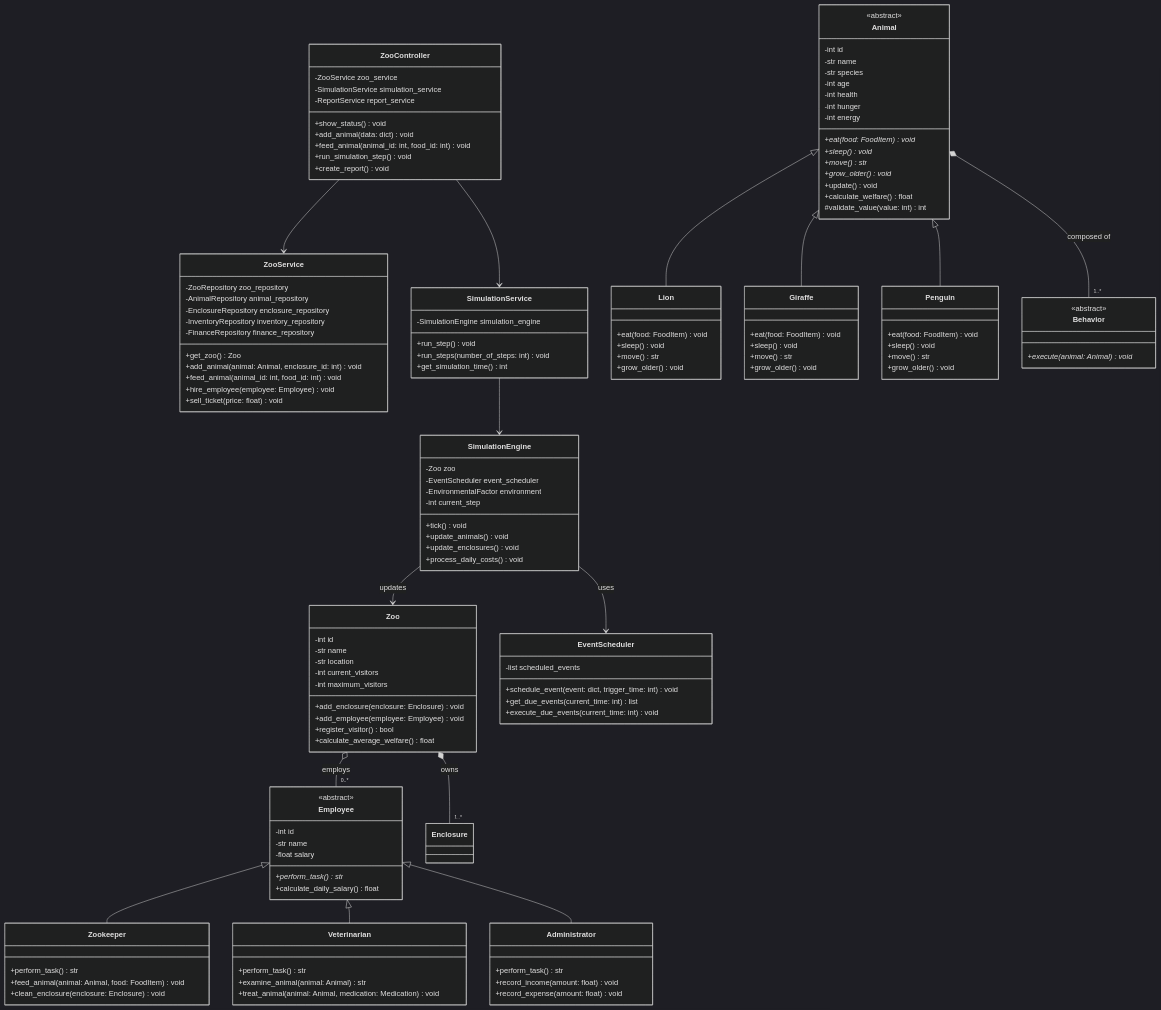
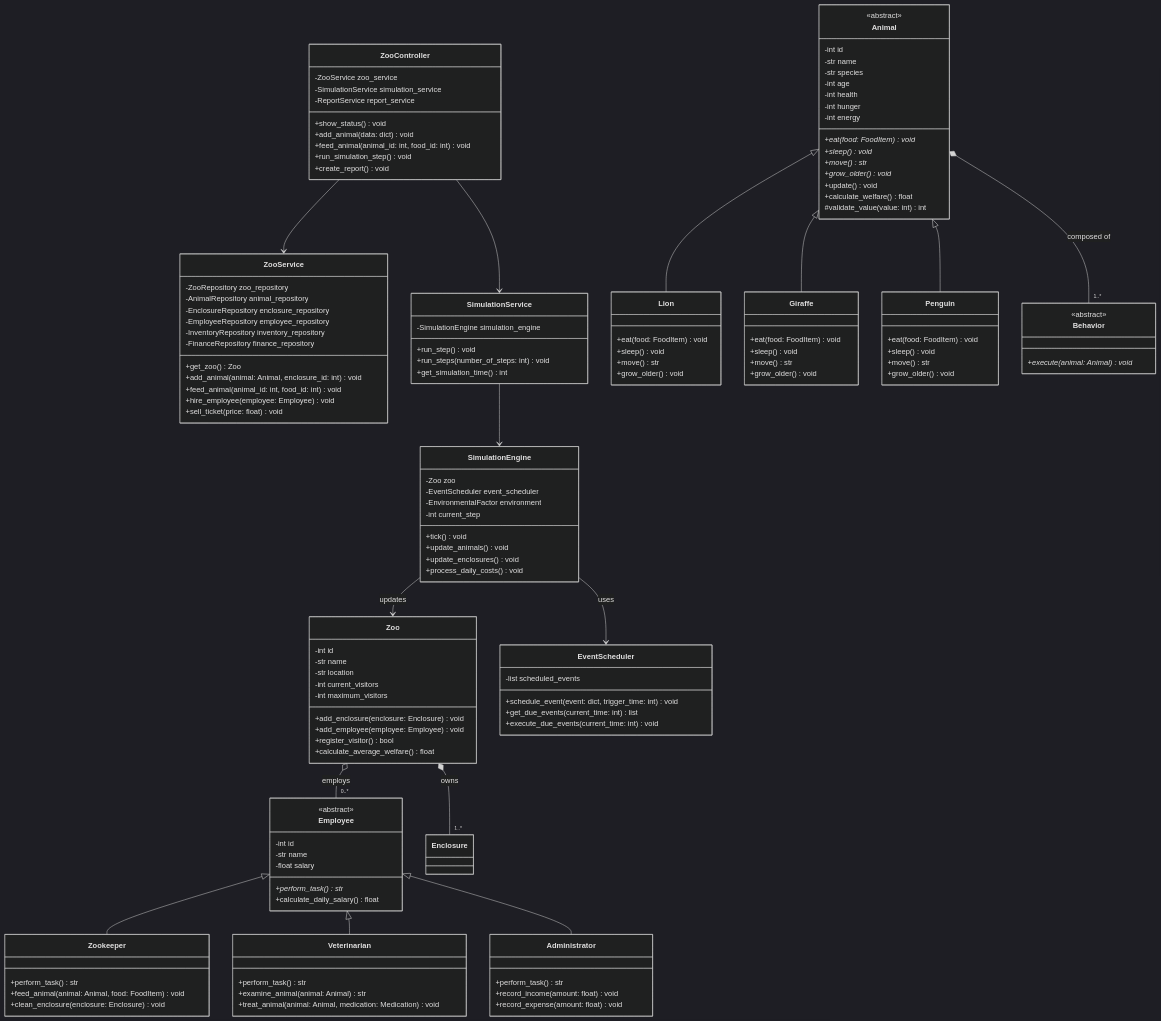
Before and after one commit to Darnell-Beganovic/zms-BBS: the diagram in zoo_simulation/docs/planning_backend_darnell.md, drawn with Mermaid (dark theme). The commit also changed 3 other files, not shown here.

First line of the commit message:
docs(planning): add EmployeeRepository, Medication methods, enclosure_id fix

```diff
--- a/zoo_simulation/docs/planning_backend_darnell.md
+++ b/zoo_simulation/docs/planning_backend_darnell.md
@@ -49,6 +49,7 @@
         -ZooRepository zoo_repository
         -AnimalRepository animal_repository
         -EnclosureRepository enclosure_repository
+        -EmployeeRepository employee_repository
         -InventoryRepository inventory_repository
         -FinanceRepository finance_repository
         +get_zoo() Zoo
```
